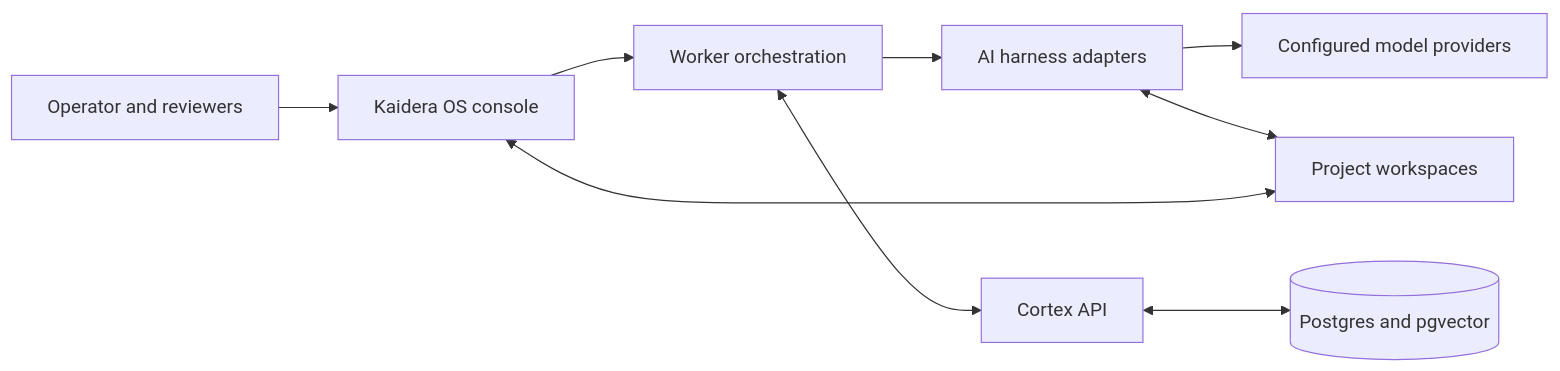
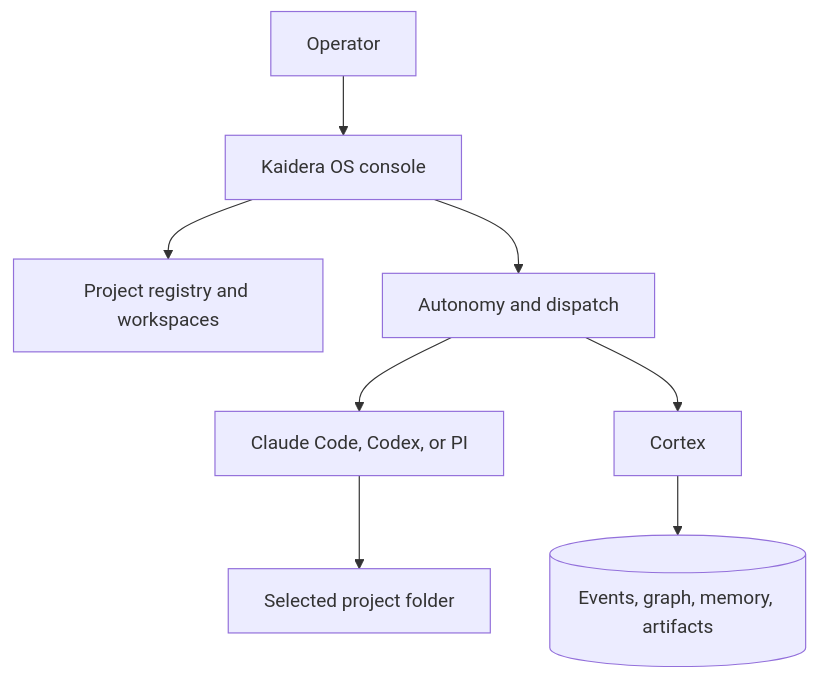
Before and after one commit to Kaidera-AI/kaidera-os: the diagram in docs/HOW_IT_WORKS.md, drawn with Mermaid. The commit also changed other lines of this file and 303 other files, not shown here.

````diff
--- a/docs/HOW_IT_WORKS.md
+++ b/docs/HOW_IT_WORKS.md
@@ -9,20 +12,10 @@
 ```mermaid
-flowchart LR
-    Human[Operator and reviewers]
-    Console[Kaidera OS console]
-    Orchestrator[Worker orchestration]
-    Harnesses[AI harness adapters]
-    Providers[Configured model providers]
-    Cortex[Cortex API]
-    Memory[(Postgres and pgvector)]
-    Workspace[Project workspaces]
-
-    Human --> Console
-    Console --> Orchestrator
-    Orchestrator --> Harnesses
-    Harnesses --> Providers
-    Orchestrator <--> Cortex
-    Cortex <--> Memory
-    Harnesses <--> Workspace
-    Console <--> Workspace
+flowchart TD
+    User[Operator] --> Console[Kaidera OS console]
+    Console --> Projects[Project registry and workspaces]
+    Console --> Orchestrator[Autonomy and dispatch]
+    Orchestrator --> Harnesses[Claude Code, Codex, or PI]
+    Harnesses --> Workspace[Selected project folder]
+    Orchestrator --> Cortex[Cortex]
+    Cortex --> State[(Events, graph, memory, artifacts)]
 ```
````
